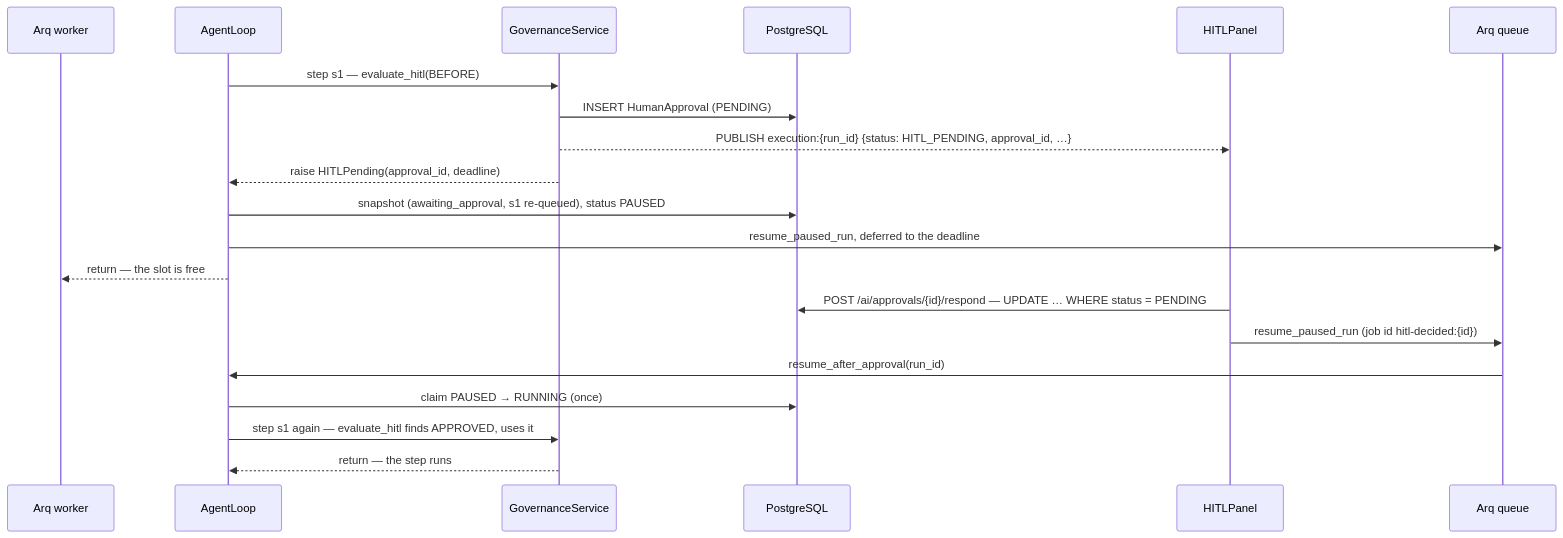
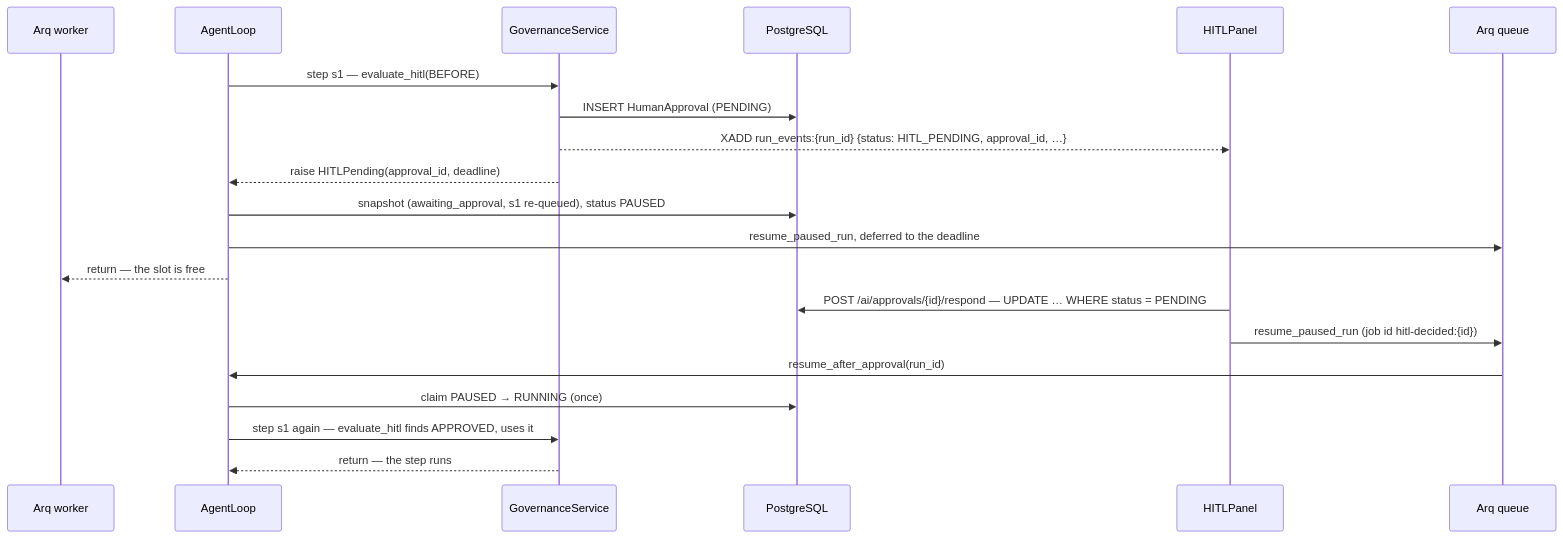
One commit to gondolerahul/hire-buddha-app changed the eighth of 13 diagrams in docs/current/15-governance-and-hitl.md. Above: the diagram before and after it, drawn with Mermaid. The commit also changed other lines of this file and 31 other files, not shown here.

````diff
--- a/docs/current/15-governance-and-hitl.md
+++ b/docs/current/15-governance-and-hitl.md
@@ -518,24 +518,24 @@
 ```mermaid
 sequenceDiagram
     participant W as Arq worker
     participant L as AgentLoop
     participant G as GovernanceService
     participant DB as PostgreSQL
     participant UI as HITLPanel
     participant Q as Arq queue
 
     L->>G: step s1 — evaluate_hitl(BEFORE)
     G->>DB: INSERT HumanApproval (PENDING)
-    G-->>UI: PUBLISH execution:{run_id} {status: HITL_PENDING, approval_id, …}
+    G-->>UI: XADD run_events:{run_id} {status: HITL_PENDING, approval_id, …}
     G-->>L: raise HITLPending(approval_id, deadline)
     L->>DB: snapshot (awaiting_approval, s1 re-queued), status PAUSED
     L->>Q: resume_paused_run, deferred to the deadline
     L-->>W: return — the slot is free
 
     UI->>DB: POST /ai/approvals/{id}/respond — UPDATE … WHERE status = PENDING
     UI->>Q: resume_paused_run (job id hitl-decided:{id})
     Q->>L: resume_after_approval(run_id)
     L->>DB: claim PAUSED → RUNNING (once)
     L->>G: step s1 again — evaluate_hitl finds APPROVED, uses it
     G-->>L: return — the step runs
 ```
````
